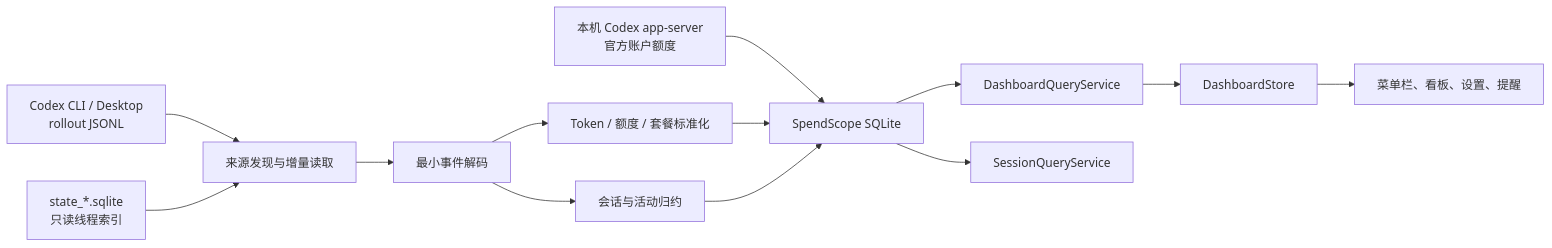
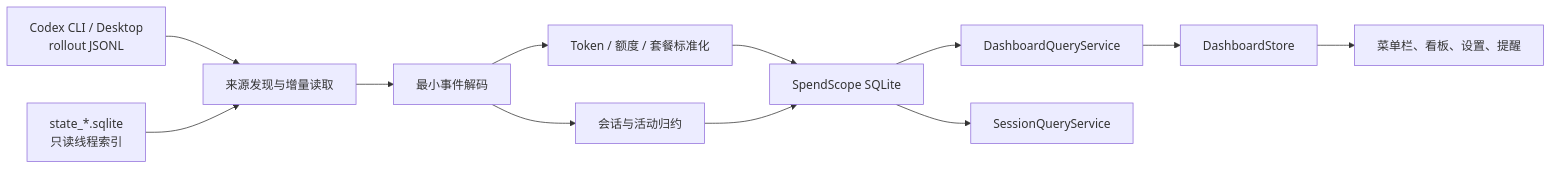
Before and after one commit to ychp/SpendScope: the diagram in docs/TECHNICAL_ARCHIVE.md, drawn with Mermaid. The commit also changed other lines of this file and 20 other files, not shown here.

````diff
--- a/docs/TECHNICAL_ARCHIVE.md
+++ b/docs/TECHNICAL_ARCHIVE.md
@@ -49,15 +50,14 @@
 ```mermaid
 flowchart LR
     A["Codex CLI / Desktop<br/>rollout JSONL"] --> C["来源发现与增量读取"]
     B["state_*.sqlite<br/>只读线程索引"] --> C
     C --> D["最小事件解码"]
-    L["本机 Codex app-server<br/>官方账户额度"] --> G
     D --> E["Token / 额度 / 套餐标准化"]
     D --> F["会话与活动归约"]
     E --> G["SpendScope SQLite"]
     F --> G
     G --> H["DashboardQueryService"]
     G --> I["SessionQueryService"]
     H --> J["DashboardStore"]
     J --> K["菜单栏、看板、设置、提醒"]
 ```
````
